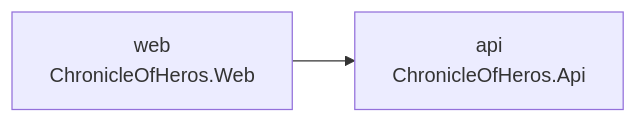
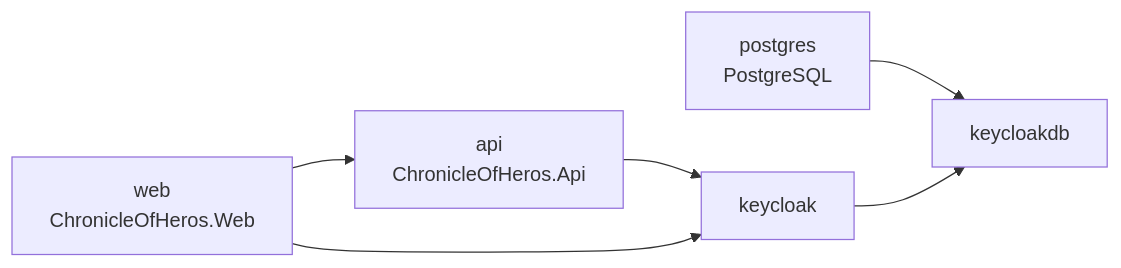
Before and after one commit to FlorianAlbert/ChronicleOfHeros: the diagram in docs/architecture/system/deployment.md, drawn with Mermaid. The commit also changed other lines of this file and 11 other files, not shown here.

````diff
--- a/docs/architecture/system/deployment.md
+++ b/docs/architecture/system/deployment.md
@@ -9,6 +9,13 @@
 ```mermaid
 flowchart LR
+    postgres["postgres<br/>PostgreSQL"]
+    keycloakdb["keycloakdb"]
+    keycloak["keycloak"]
     api["api<br/>ChronicleOfHeros.Api"]
     web["web<br/>ChronicleOfHeros.Web"]
+    postgres --> keycloakdb
+    keycloak --> keycloakdb
+    api --> keycloak
+    web --> keycloak
     web --> api
 ```
````
